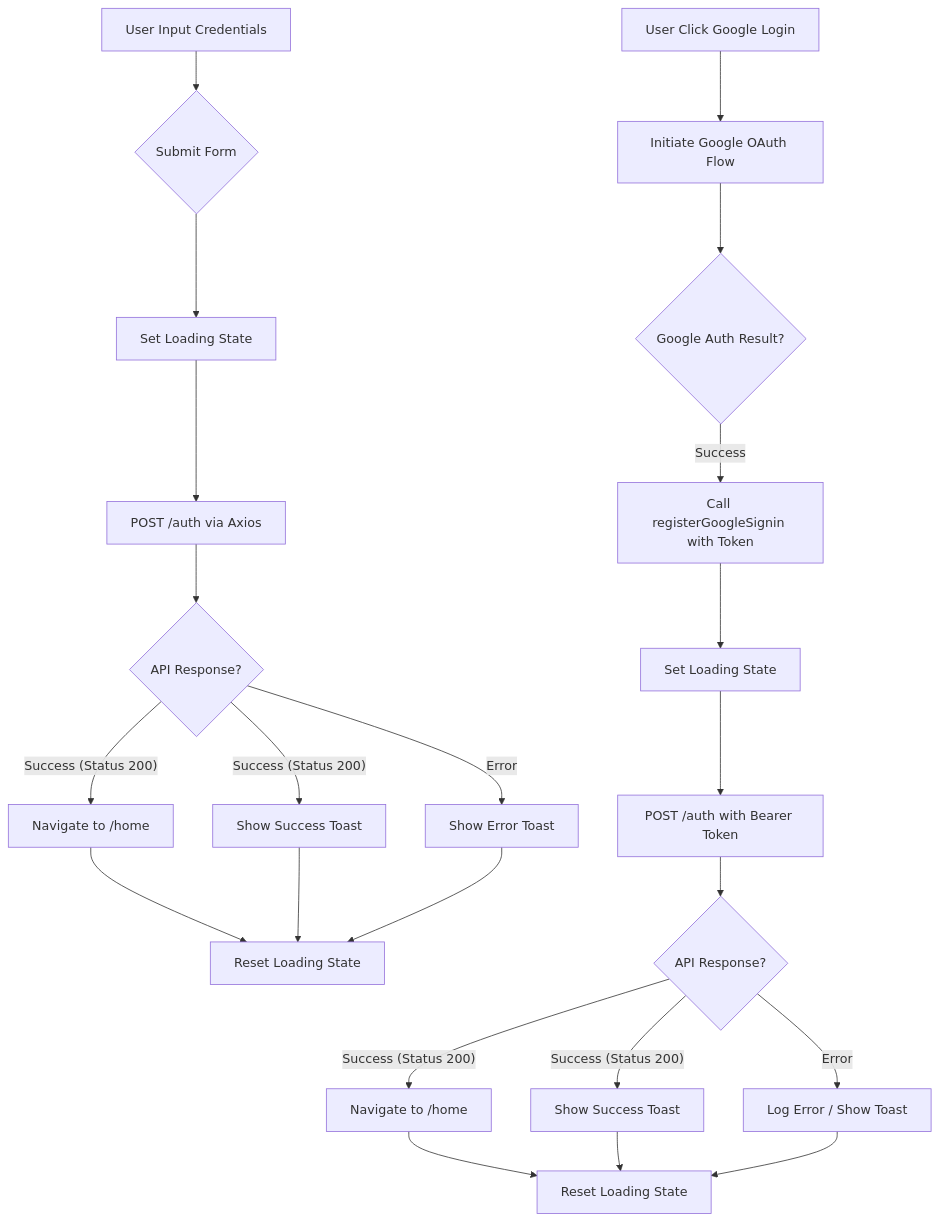
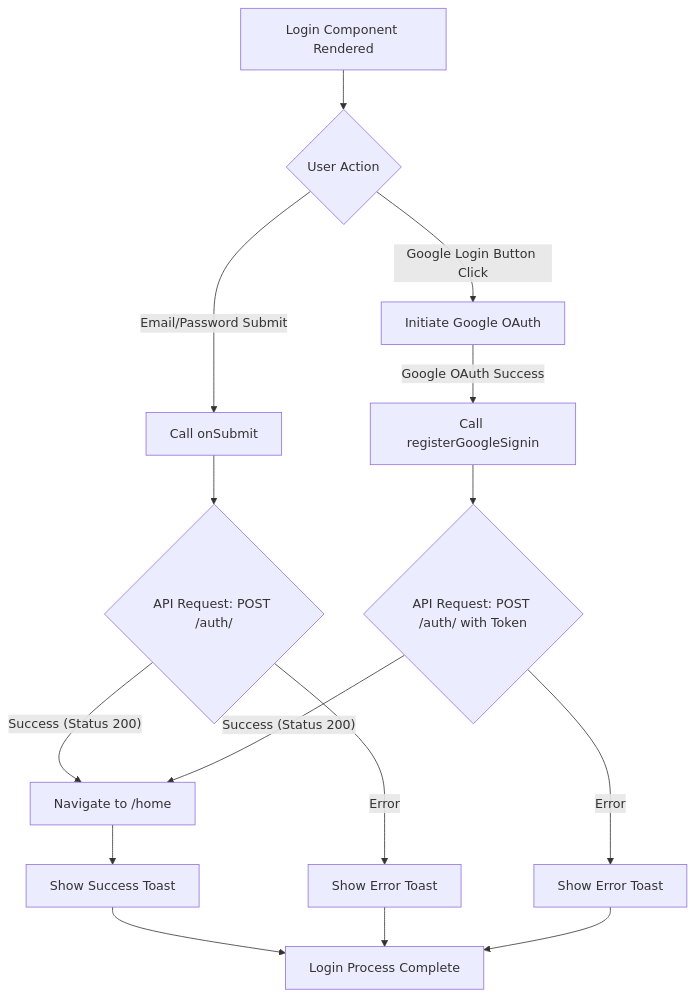
One commit to test-company-prowiz/tableau-frontend changed the diagram in docs/src/Pages/Login.jsx.md. Above: the diagram before and after it, drawn with Mermaid. The commit also changed other lines of this file, not shown here.

Commit message:
[AI-DOC] docs: auto-generated documentation for docs/src/Pages/Login.jsx.md

````diff
--- a/docs/src/Pages/Login.jsx.md
+++ b/docs/src/Pages/Login.jsx.md
@@ -68,26 +47,17 @@
 ```mermaid
 graph TD
-A[User Input Credentials] --> B{Submit Form}
-B --> C[Set Loading State]
-C --> D[POST /auth via Axios]
-D --> E{API Response?}
-E -- Success (Status 200) --> F[Navigate to /home]
-E -- Success (Status 200) --> G[Show Success Toast]
-E -- Error --> H[Show Error Toast]
-F --> I[Reset Loading State]
-G --> I
-H --> I
-
-J[User Click Google Login] --> K[Initiate Google OAuth Flow]
-K --> L{Google Auth Result?}
-L -- Success --> M[Call registerGoogleSignin with Token]
-M --> N[Set Loading State]
-N --> O[POST /auth with Bearer Token]
-O --> P{API Response?}
-P -- Success (Status 200) --> Q[Navigate to /home]
-P -- Success (Status 200) --> R[Show Success Toast]
-P -- Error --> S[Log Error / Show Toast]
-Q --> T[Reset Loading State]
-R --> T
-S --> T
+A[Login Component Rendered] --> B{User Action};
+B -- Email/Password Submit --> C[Call onSubmit];
+C --> D{API Request: POST /auth/};
+D -- Success (Status 200) --> E[Navigate to /home];
+D -- Error --> F[Show Error Toast];
+B -- Google Login Button Click --> G[Initiate Google OAuth];
+G -- Google OAuth Success --> H[Call registerGoogleSignin];
+H --> I{API Request: POST /auth/ with Token};
+I -- Success (Status 200) --> E;
+I -- Error --> J[Show Error Toast];
+E --> K[Show Success Toast];
+K --> L[Login Process Complete];
+F --> L;
+J --> L;
 ```
````
